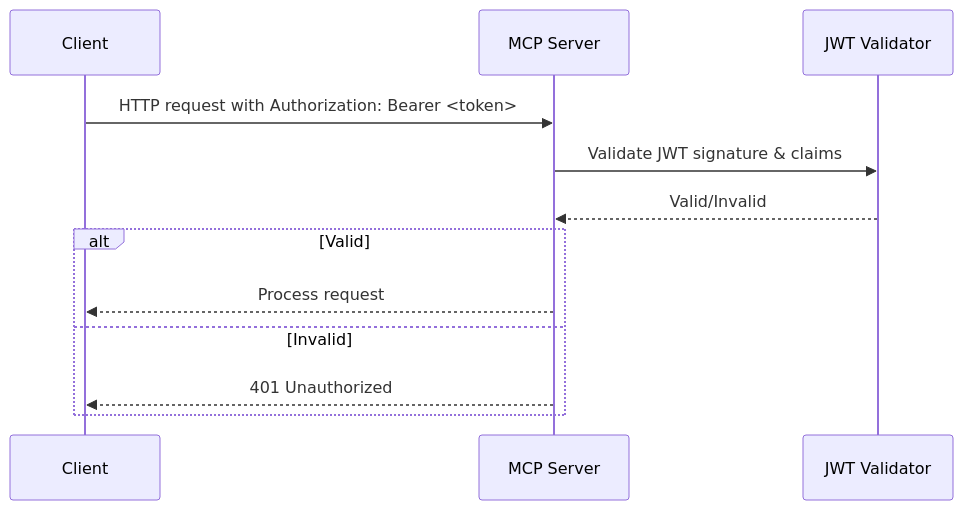
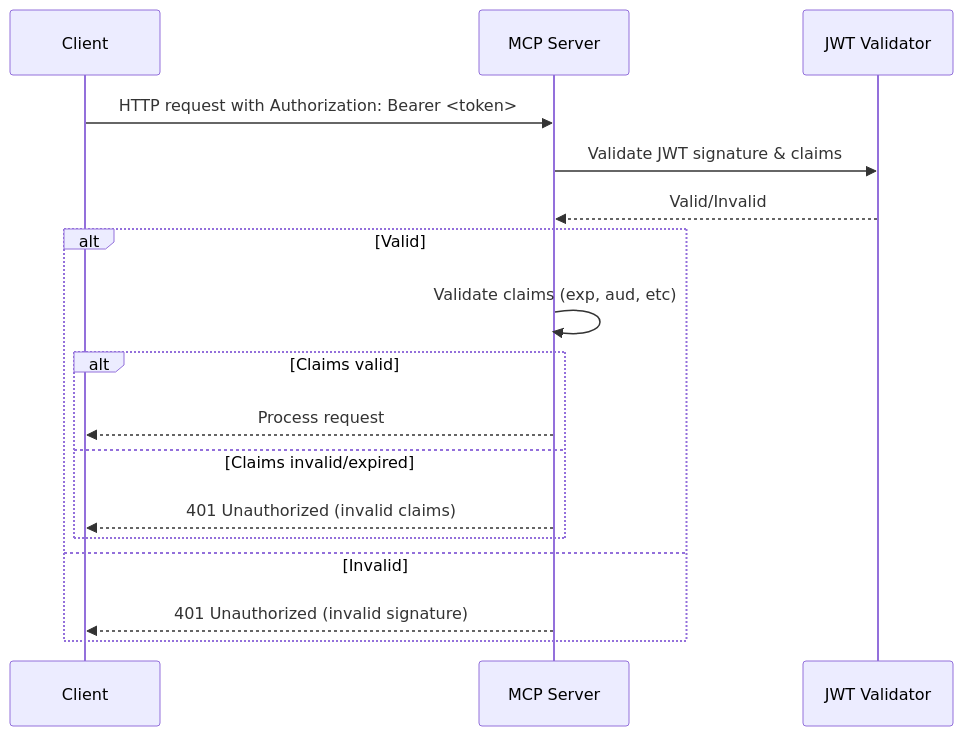
The first of 10 diagrams in README.md (markbsigler/CodePipeline-MCP), drawn with Mermaid before and after one commit. The commit also changed other lines of this file, not shown here.

First line of the commit message:
docs(diagrams): update and expand all Mermaid diagrams for authentication, tool mapping, protocol, error handling, observability, and security flows

````diff
--- a/README.md
+++ b/README.md
@@ -267,14 +267,19 @@
 ```mermaid
 sequenceDiagram
     participant Client
     participant API as MCP Server
     participant JWT as JWT Validator
     Client->>API: HTTP request with Authorization: Bearer <token>
     API->>JWT: Validate JWT signature & claims
     JWT-->>API: Valid/Invalid
     alt Valid
-        API-->>Client: Process request
+        API->>API: Validate claims (exp, aud, etc)
+        alt Claims valid
+            API-->>Client: Process request
+        else Claims invalid/expired
+            API-->>Client: 401 Unauthorized (invalid claims)
+        end
     else Invalid
-        API-->>Client: 401 Unauthorized
+        API-->>Client: 401 Unauthorized (invalid signature)
     end
 ```
````
